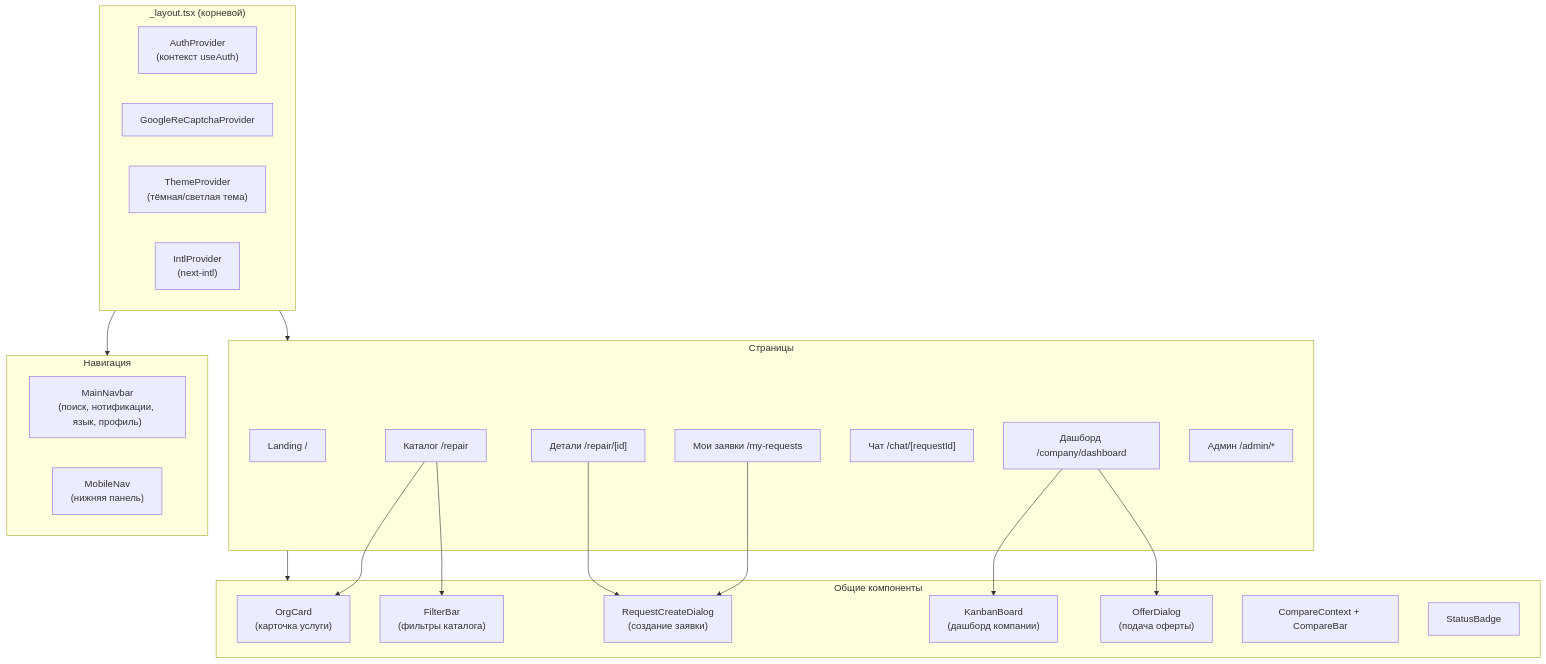
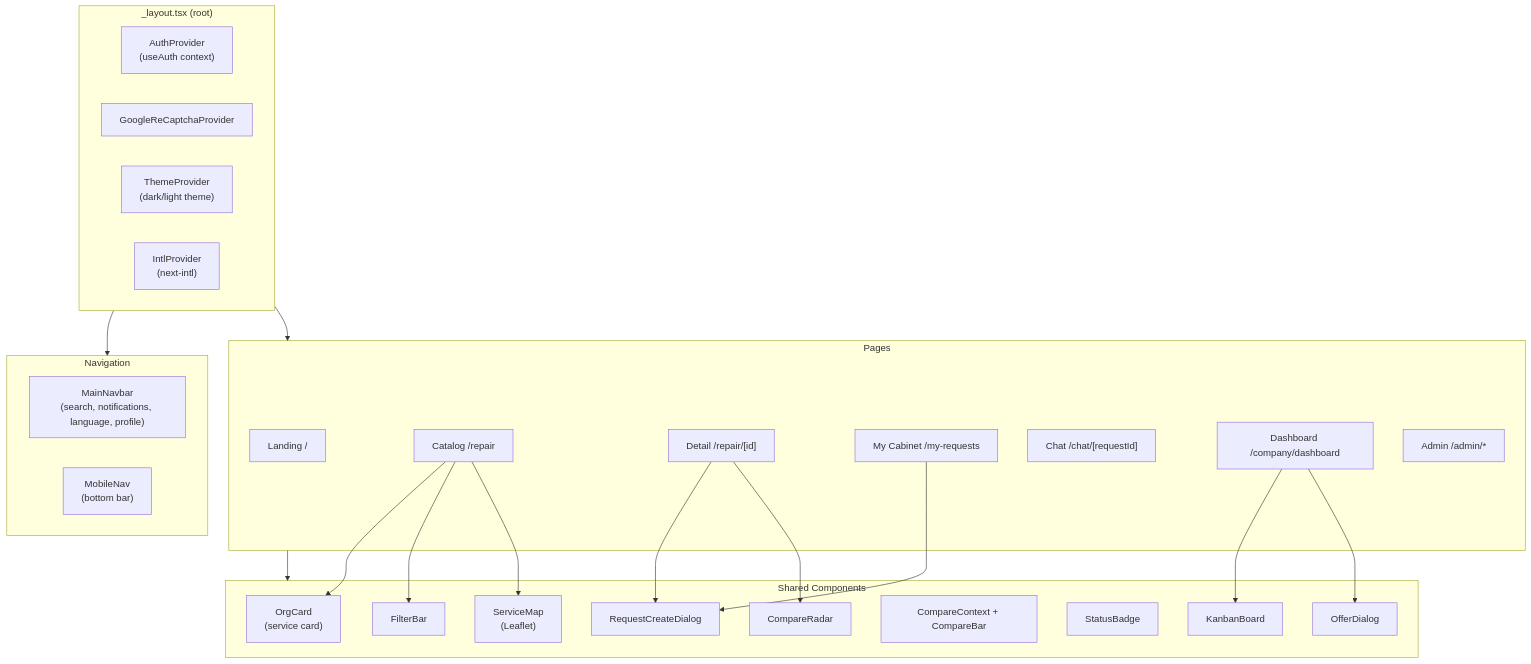
The eighth of 10 diagrams in diploma.md (Asanali2077/remont_kz), drawn with Mermaid before and after one commit. The commit also changed other lines of this file and 2 other files, not shown here.

````diff
--- a/diploma.md
+++ b/diploma.md
@@ -1566,45 +1655,49 @@
 ```mermaid
 graph TD
-    subgraph Layout["_layout.tsx (корневой)"]
-        AP["AuthProvider\n(контекст useAuth)"]
+    subgraph Layout["_layout.tsx (root)"]
+        AP["AuthProvider\n(useAuth context)"]
         RCP["GoogleReCaptchaProvider"]
-        TH["ThemeProvider\n(тёмная/светлая тема)"]
+        TH["ThemeProvider\n(dark/light theme)"]
         INT["IntlProvider\n(next-intl)"]
     end
 
-    subgraph Nav["Навигация"]
-        MN["MainNavbar\n(поиск, нотификации, язык, профиль)"]
-        MOB["MobileNav\n(нижняя панель)"]
+    subgraph Nav["Navigation"]
+        MN["MainNavbar\n(search, notifications, language, profile)"]
+        MOB["MobileNav\n(bottom bar)"]
     end
 
-    subgraph Pages["Страницы"]
+    subgraph Pages["Pages"]
         LP["Landing /"]
-        CAT["Каталог /repair"]
-        DET["Детали /repair/[id]"]
-        MR["Мои заявки /my-requests"]
-        CH["Чат /chat/[requestId]"]
-        DASH["Дашборд /company/dashboard"]
-        ADM["Админ /admin/*"]
+        CAT["Catalog /repair"]
+        DET["Detail /repair/[id]"]
+        MR["My Cabinet /my-requests"]
+        CH["Chat /chat/[requestId]"]
+        DASH["Dashboard /company/dashboard"]
+        ADM["Admin /admin/*"]
     end
 
-    subgraph Shared["Общие компоненты"]
-        OC["OrgCard\n(карточка услуги)"]
-        RCD["RequestCreateDialog\n(создание заявки)"]
-        OD["OfferDialog\n(подача оферты)"]
-        FB["FilterBar\n(фильтры каталога)"]
-        KB["KanbanBoard\n(дашборд компании)"]
+    subgraph Shared["Shared Components"]
+        OC["OrgCard\n(service card)"]
+        RCD["RequestCreateDialog"]
+        OD["OfferDialog"]
+        FB["FilterBar"]
+        KB["KanbanBoard"]
         CC["CompareContext + CompareBar"]
         SB["StatusBadge"]
+        SM["ServiceMap\n(Leaflet)"]
+        CR["CompareRadar"]
     end
 
     Layout --> Nav
     Layout --> Pages
     Pages --> Shared
 
     CAT --> OC
     CAT --> FB
+    CAT --> SM
     DET --> RCD
+    DET --> CR
     DASH --> KB
     DASH --> OD
     MR --> RCD
 ```
````
